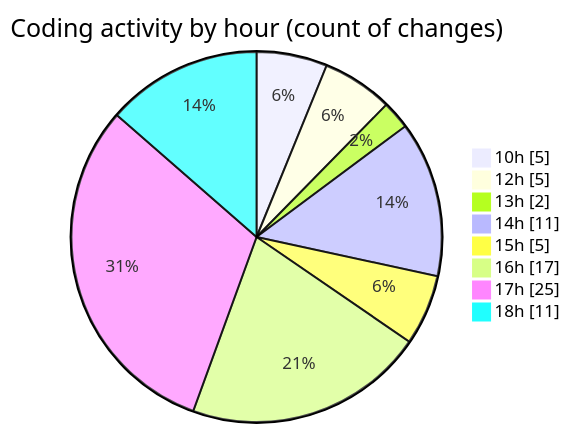
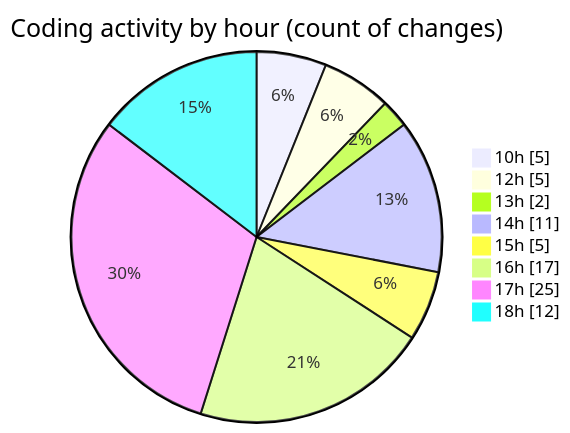
The second of 2 diagrams in 2025-07-07/urlwebwala_intership_work/README.md (Ritupan-Deka/code-tracking), drawn with Mermaid before and after one commit. The commit also changed other lines of this file and 1 other file, not shown here.

````diff
--- a/2025-07-07/urlwebwala_intership_work/README.md
+++ b/2025-07-07/urlwebwala_intership_work/README.md
@@ -30,12 +30,12 @@
 ```mermaid
 pie showData
 title Coding activity by hour (count of changes)
 "10h" : 5
 "12h" : 5
 "13h" : 2
 "14h" : 11
 "15h" : 5
 "16h" : 17
 "17h" : 25
-"18h" : 11
+"18h" : 12
 ```
````
